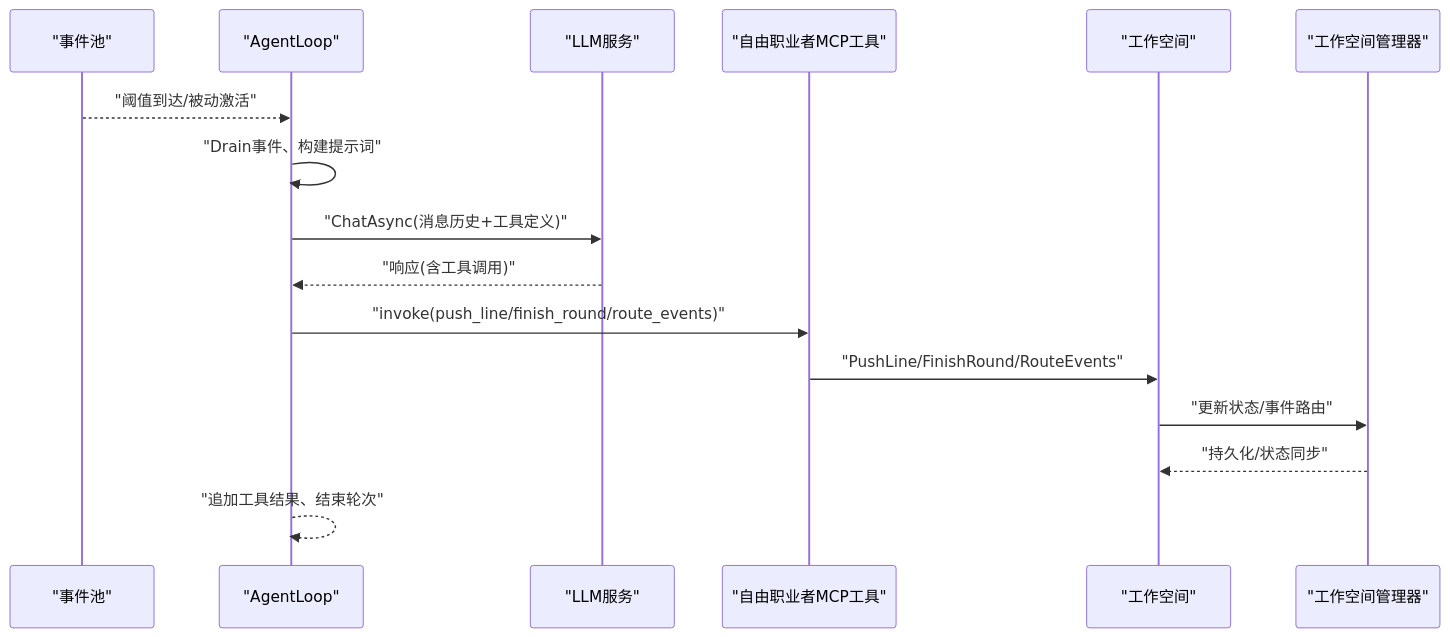
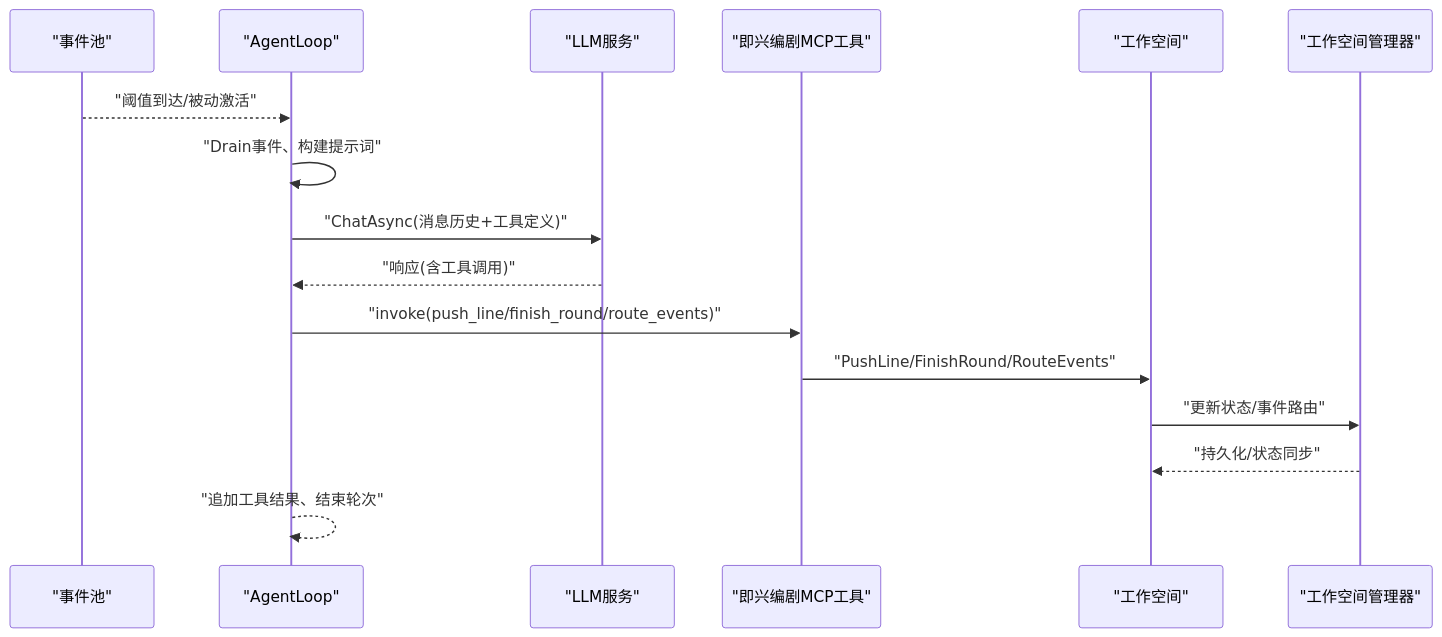
The second of 7 diagrams in .qoder/repowiki/zh/content/核心架构设计/多代理协作架构/自由职业者代理系统.md (suzvka/RimLife), drawn with Mermaid before and after one commit. The commit also changed other lines of this file and 26 other files, not shown here.

````diff
--- a/.qoder/repowiki/zh/content/核心架构设计/多代理协作架构/自由职业者代理系统.md
+++ b/.qoder/repowiki/zh/content/核心架构设计/多代理协作架构/自由职业者代理系统.md
@@ -117,18 +119,18 @@
 ```mermaid
 sequenceDiagram
 participant Pool as "事件池"
 participant Agent as "AgentLoop"
 participant LLM as "LLM服务"
-participant FMP as "自由职业者MCP工具"
+participant IMP as "即兴编剧MCP工具"
 participant WS as "工作空间"
 participant WM as "工作空间管理器"
 Pool-->>Agent : "阈值到达/被动激活"
 Agent->>Agent : "Drain事件、构建提示词"
 Agent->>LLM : "ChatAsync(消息历史+工具定义)"
 LLM-->>Agent : "响应(含工具调用)"
-Agent->>FMP : "invoke(push_line/finish_round/route_events)"
-FMP->>WS : "PushLine/FinishRound/RouteEvents"
+Agent->>IMP : "invoke(push_line/finish_round/route_events)"
+IMP->>WS : "PushLine/FinishRound/RouteEvents"
 WS->>WM : "更新状态/事件路由"
 WM-->>WS : "持久化/状态同步"
 Agent-->>Agent : "追加工具结果、结束轮次"
 ```
````
